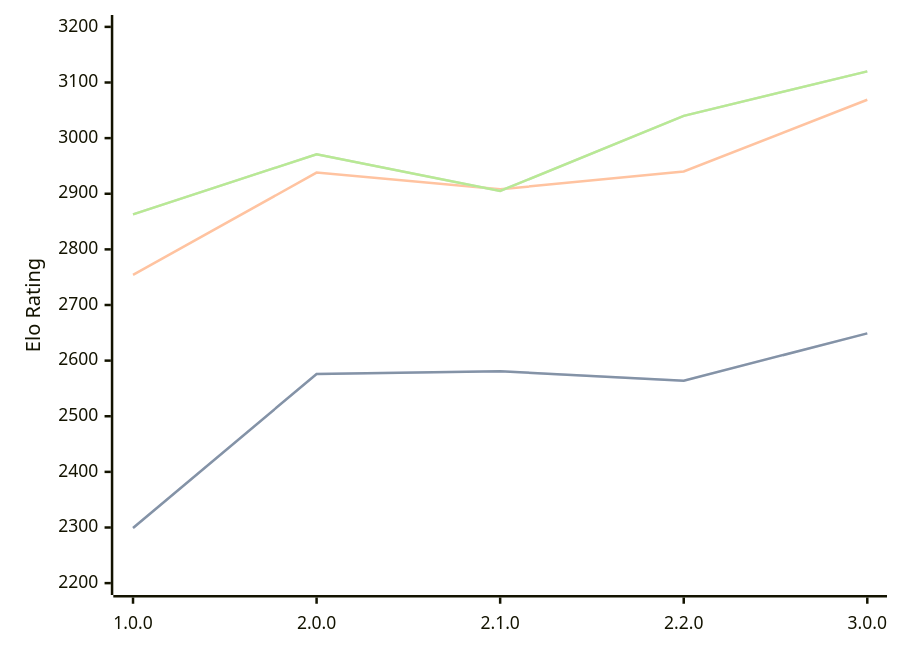
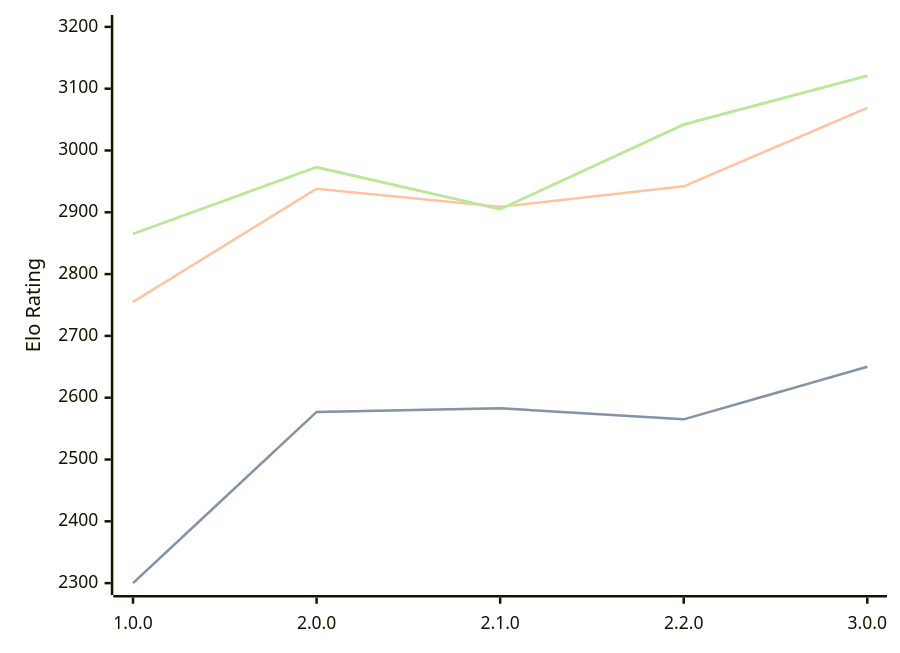
Before and after one commit to computer-chess-index/cci: the diagram in engines/Catalyst.md, drawn with Mermaid. The commit also changed other lines of this file, not shown here.

Commit message:
Update CCI Ratings (ELO VLTC) - 2026-07-23

````diff
--- a/engines/Catalyst.md
+++ b/engines/Catalyst.md
@@ -36,11 +36,11 @@
 ```mermaid
 %%{init: {"theme":"base","themeVariables":{"seriesColors:['#a3a3a3','#222221','#faa371']}}}%%
 xychart-beta
   x-axis ["1.0.0", "2.0.0", "2.1.0", "2.2.0", "3.0.0"]
-  y-axis "Elo Rating" 2200 --> 3200
-  line "STC (8.0+0.08s)" [2299, 2576, 2581, 2564, 2649]
-  line "STC (8.0+0.08s)" [2299, 2576, 2581, 2564, 2649]
-  line "LTC (60.0+0.60s)" [2754, 2938, 2908, 2940, 3069]
-  line "VLTC (2m24s+1.12s)" [2863, 2971, 2905, 3040, 3120]
-  line "VLTC (2m24s+1.12s)" [2863, 2971, 2905, 3040, 3120]
+  y-axis "Elo Rating" 2300 --> 3200
+  line "STC (8.0+0.08s)" [2300, 2577, 2583, 2565, 2650]
+  line "STC (8.0+0.08s)" [2300, 2577, 2583, 2565, 2650]
+  line "LTC (60.0+0.60s)" [2755, 2938, 2909, 2942, 3069]
+  line "VLTC (2m24s+1.12s)" [2865, 2973, 2905, 3042, 3121]
+  line "VLTC (2m24s+1.12s)" [2865, 2973, 2905, 3042, 3121]
 ```
````
